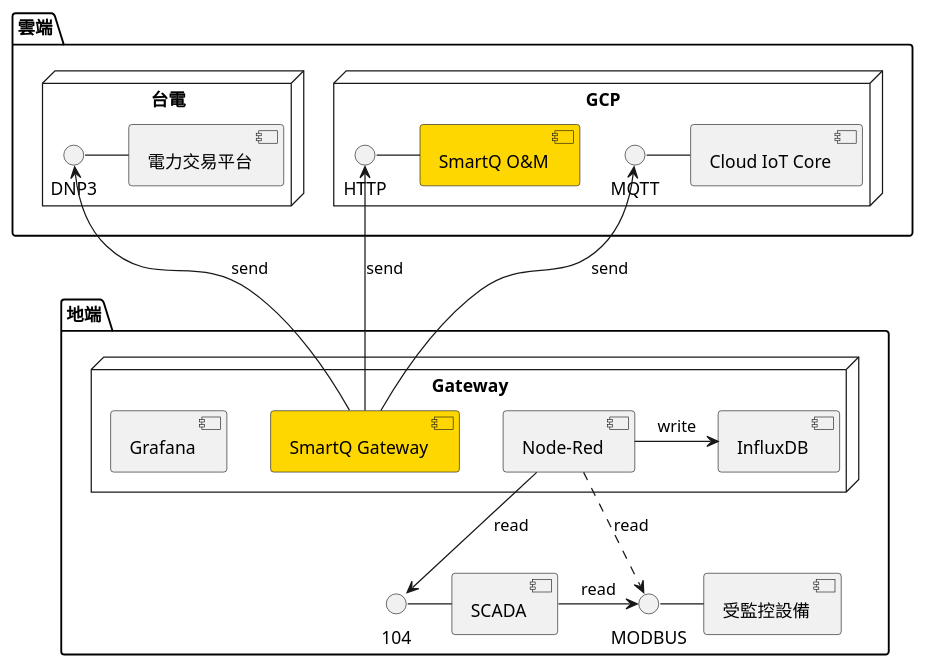
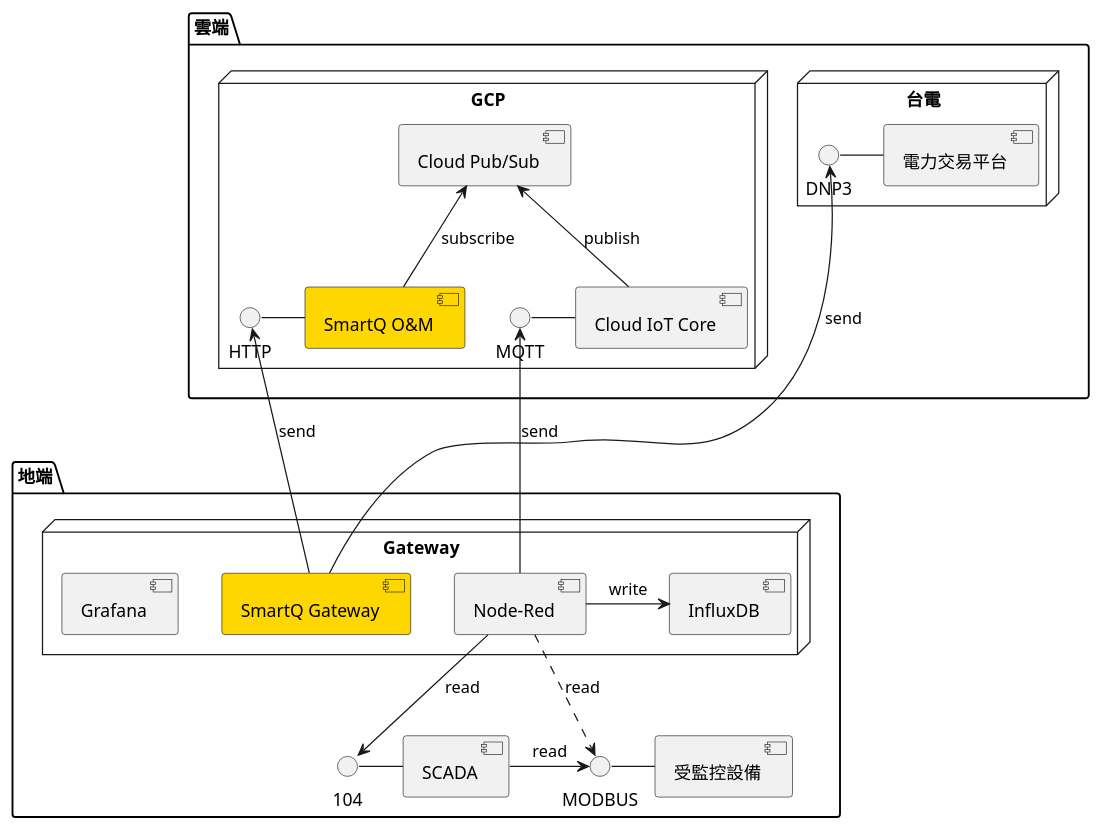
Before and after one commit to ubuntu11/learning-practice: the first of 2 diagrams in uml/smartq.puml, drawn with PlantUML.

Commit message:
send dnp by gatway backend

```diff
--- a/uml/smartq.puml
+++ b/uml/smartq.puml
@@ -5,36 +5,39 @@
 @startuml
 skinparam sequenceMessageAlign center
 skinparam backgroundColor transparent
 
 package "雲端" {
   node "台電" {
   DNP3 - [電力交易平台]
   }
 
   node "GCP" {
   component [SmartQ O&M] #Gold
   HTTP - [SmartQ O&M]
   MQTT - [Cloud IoT Core]
+  [Cloud Pub/Sub]
   }
 }
 
 package "地端" {
   node "Gateway" {
     [Node-Red]
     component [SmartQ Gateway] #Gold
     [InfluxDB]
     [Grafana]
   }
   104 - [SCADA]
   MODBUS - [受監控設備]
 }
 
+[Cloud IoT Core] -u-> [Cloud Pub/Sub] : publish
+[SmartQ O&M] -u-> [Cloud Pub/Sub] : subscribe
 [SmartQ Gateway] -up-> HTTP : send
 [SmartQ Gateway] -up-> DNP3 : send
-[SmartQ Gateway] -up-> MQTT : send
+[Node-Red] -up-> MQTT : send
 [SCADA] -right-> MODBUS : read
 [Node-Red] -down-> 104 : read
 [Node-Red] .down.> MODBUS : read
 [Node-Red] -right-> [InfluxDB] : write
 
 @enduml
```
